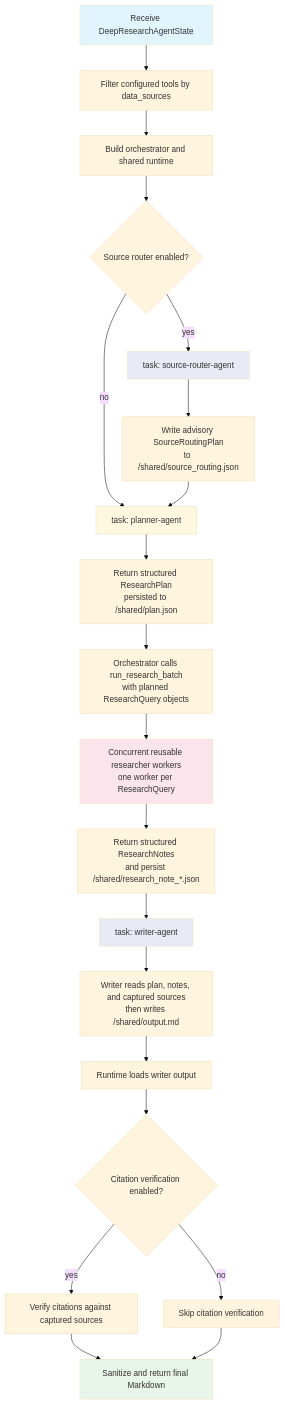
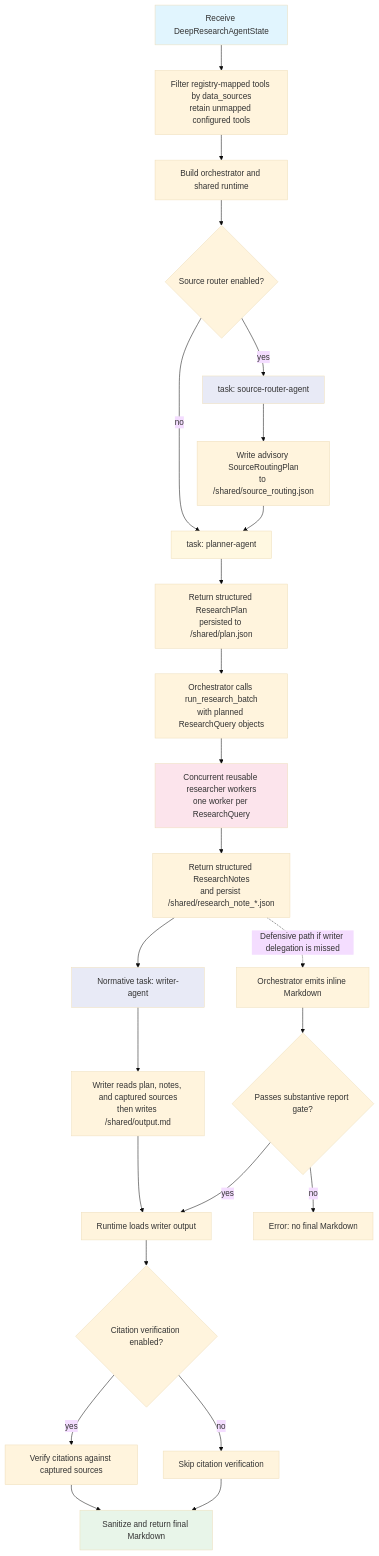
Before and after one commit to Manushpm8/aiq: the first of 2 diagrams in docs/source/architecture/agents/deep-researcher.md, drawn with Mermaid (base theme). The commit also changed other lines of this file and 2 other files, not shown here.

Commit message:
clarify deep research runtime boundaries

````diff
--- a/docs/source/architecture/agents/deep-researcher.md
+++ b/docs/source/architecture/agents/deep-researcher.md
@@ -29,29 +29,33 @@
 ```mermaid
 graph TD
-    A[Receive DeepResearchAgentState] --> B[Filter configured tools by data_sources]
+    A[Receive DeepResearchAgentState] --> B[Filter registry-mapped tools by data_sources<br/>retain unmapped configured tools]
     B --> C[Build orchestrator and shared runtime]
     C --> D{Source router enabled?}
     D -->|yes| E[task: source-router-agent]
     E --> F[Write advisory SourceRoutingPlan<br/>to /shared/source_routing.json]
     D -->|no| G[task: planner-agent]
     F --> G
     G --> H[Return structured ResearchPlan<br/>persisted to /shared/plan.json]
     H --> I[Orchestrator calls run_research_batch<br/>with planned ResearchQuery objects]
     I --> J[Concurrent reusable researcher workers<br/>one worker per ResearchQuery]
     J --> K[Return structured ResearchNotes<br/>and persist /shared/research_note_*.json]
-    K --> L[task: writer-agent]
+    K --> L[Normative task: writer-agent]
     L --> M[Writer reads plan, notes, and captured sources<br/>then writes /shared/output.md]
-    M --> N[Runtime loads writer output]
-    N --> O{Citation verification enabled?}
-    O -->|yes| P[Verify citations against captured sources]
-    O -->|no| Q[Skip citation verification]
+    M --> O[Runtime loads writer output]
+    K -.->|Defensive path if writer delegation is missed| S[Orchestrator emits inline Markdown]
+    S --> U{Passes substantive report gate?}
+    U -->|yes| O
+    U -->|no| V[Error: no final Markdown]
+    O --> T{Citation verification enabled?}
+    T -->|yes| P[Verify citations against captured sources]
+    T -->|no| Q[Skip citation verification]
     P --> R[Sanitize and return final Markdown]
     Q --> R
 
     style A fill:#e1f5fe
     style E fill:#e8eaf6
     style G fill:#fff8e1
     style J fill:#fce4ec
     style L fill:#e8eaf6
     style R fill:#e8f5e9
 ```
````
